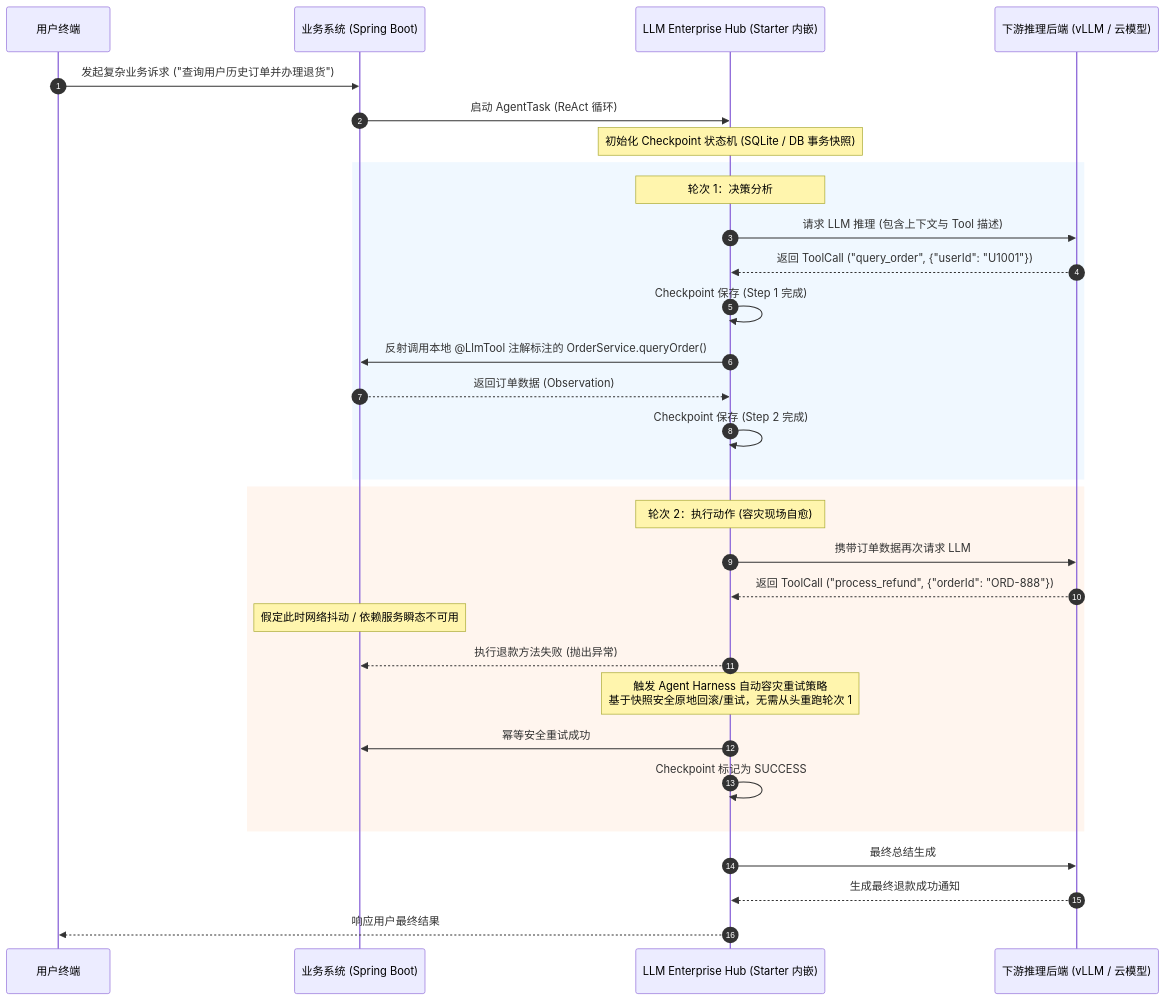
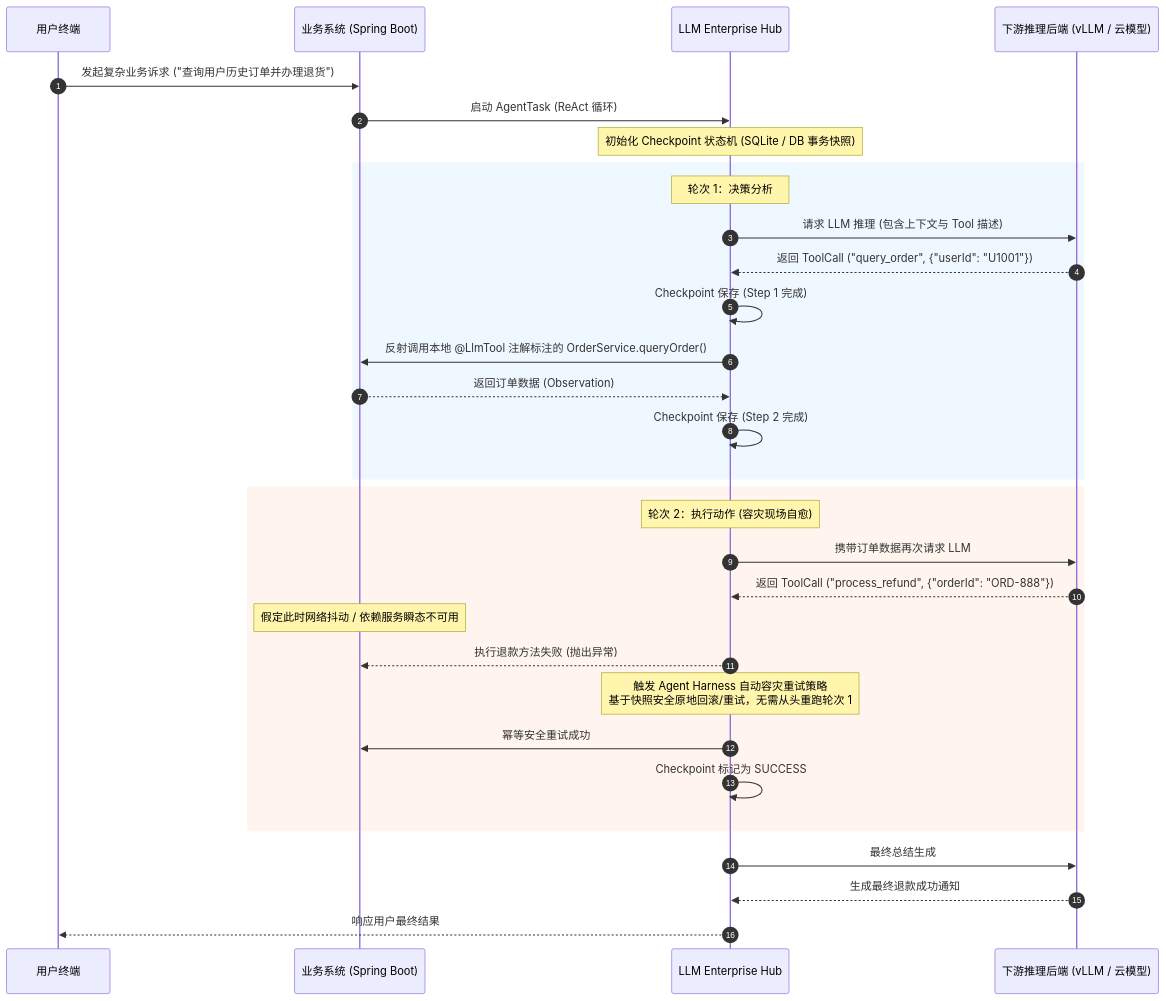
The fourth of 5 diagrams in docs/ecosystem-positioning.md (u8u7u87/llm-enterprise-hub), drawn with Mermaid before and after one commit. The commit also changed other lines of this file and 3 other files, not shown here.

Commit message:
fix(docs): resolve Unable to render rich display error by standardizing all Mermaid diagrams to robust node-based flowcharts and sequence diagrams

````diff
--- a/docs/ecosystem-positioning.md
+++ b/docs/ecosystem-positioning.md
@@ -200,37 +209,37 @@
 ```mermaid
 sequenceDiagram
     autonumber
     participant User as 用户终端
     participant App as 业务系统 (Spring Boot)
-    participant Hub as LLM Enterprise Hub (Starter 内嵌)
+    participant Hub as LLM Enterprise Hub
     participant Engine as 下游推理后端 (vLLM / 云模型)
 
     User->>App: 发起复杂业务诉求 ("查询用户历史订单并办理退货")
     App->>Hub: 启动 AgentTask (ReAct 循环)
     Note over Hub: 初始化 Checkpoint 状态机 (SQLite / DB 事务快照)
     
     rect rgb(240, 248, 255)
         Note over Hub: 轮次 1：决策分析
         Hub->>Engine: 请求 LLM 推理 (包含上下文与 Tool 描述)
         Engine-->>Hub: 返回 ToolCall ("query_order", {"userId": "U1001"})
         Hub->>Hub: Checkpoint 保存 (Step 1 完成)
         Hub->>App: 反射调用本地 @LlmTool 注解标注的 OrderService.queryOrder()
         App-->>Hub: 返回订单数据 (Observation)
         Hub->>Hub: Checkpoint 保存 (Step 2 完成)
     end
 
     rect rgb(255, 245, 238)
         Note over Hub: 轮次 2：执行动作 (容灾现场自愈)
         Hub->>Engine: 携带订单数据再次请求 LLM
         Engine-->>Hub: 返回 ToolCall ("process_refund", {"orderId": "ORD-888"})
         Note over App: 假定此时网络抖动 / 依赖服务瞬态不可用
         Hub-->>App: 执行退款方法失败 (抛出异常)
-        Note over Hub: 触发 Agent Harness 自动容灾重试策略<br/>基于快照安全原地回滚/重试，无需从头重跑轮次 1
+        Note over Hub: 触发 Agent Harness 自动容灾重试策略<br>基于快照安全原地回滚/重试，无需从头重跑轮次 1
         Hub->>App: 幂等安全重试成功
         Hub->>Hub: Checkpoint 标记为 SUCCESS
     end
 
     Hub->>Engine: 最终总结生成
     Engine-->>Hub: 生成最终退款成功通知
     Hub-->>User: 响应用户最终结果
 ```
````
